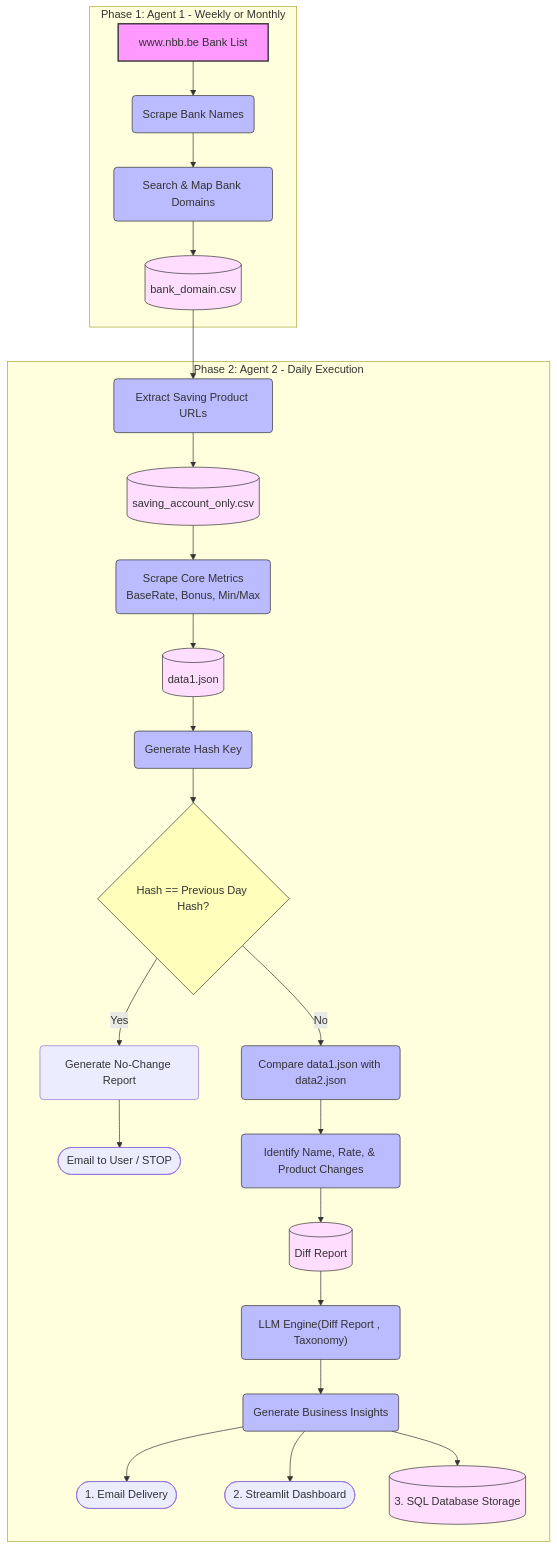
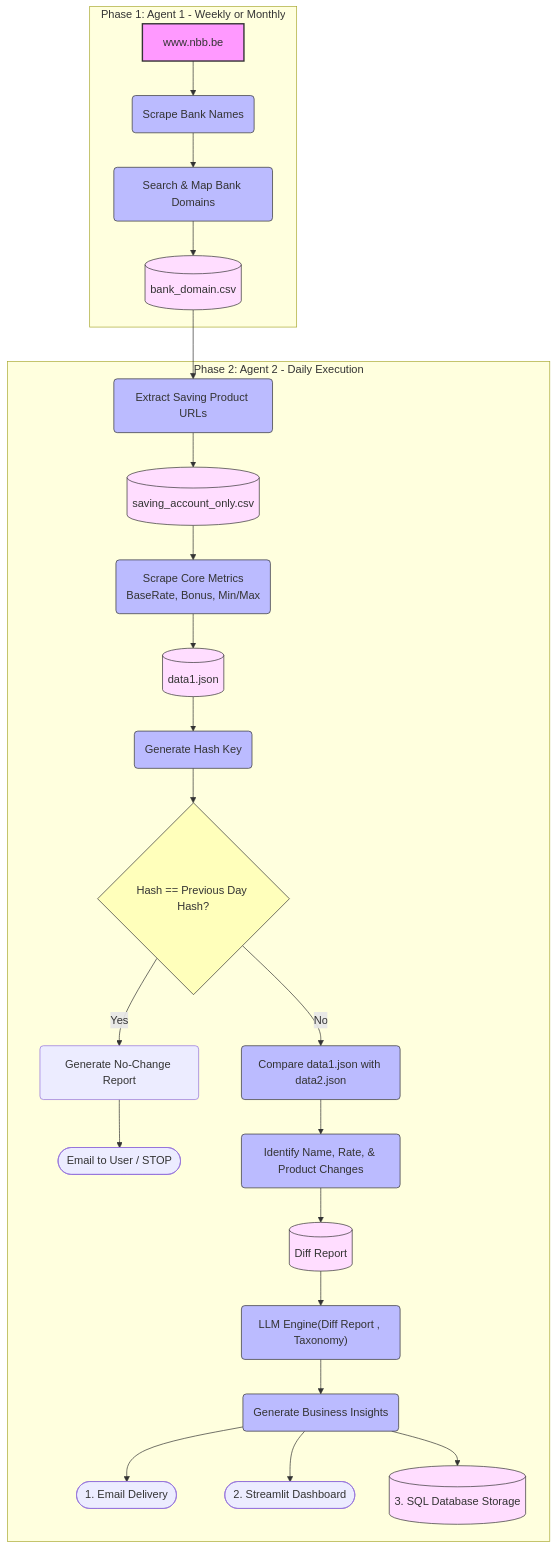
Before and after one commit to jobsnaik23/Mermaid-markdown-practise: the diagram in readme.md, drawn with Mermaid.

Commit message:
Fix URL in Phase 1 diagram in README

````diff
--- a/readme.md
+++ b/readme.md
@@ -2,47 +2,47 @@
 ```mermaid
 
 graph TD
     %% Styling
     classDef external fill:#f9f,stroke:#333,stroke-width:2px;
     classDef process fill:#bbf,stroke:#333,stroke-width:1px;
     classDef storage fill:#fdf,stroke:#333,stroke-width:1px;
     classDef decision fill:#ffb,stroke:#333,stroke-width:1px;
     
     %% Phase 1: Agent 1
     subgraph P1 ["Phase 1: Agent 1 - Weekly or Monthly"]
-        A[www.nbb.be Bank List] --> B(Scrape Bank Names)
+        A[www.nbb.be] --> B(Scrape Bank Names)
         B --> C(Search & Map Bank Domains)
         C --> D[(bank_domain.csv)]
     end
 
     %% Phase 2: Agent 2
     subgraph P2 ["Phase 2: Agent 2 - Daily Execution"]
         D --> E(Extract Saving Product URLs)
         E --> F[(saving_account_only.csv)]
         F --> G(Scrape Core Metrics <br> BaseRate, Bonus, Min/Max)
         G --> H[(data1.json)]
         H --> I(Generate Hash Key)
         I --> J{Hash == Previous Day Hash?}
         
         %% Decision Paths
         J -- Yes --> K(Generate No-Change Report)
         K --> L([Email to User / STOP])
         
         J -- No --> M(Compare data1.json with data2.json)
         M --> N(Identify Name, Rate, & Product Changes)
         N --> O[(Diff Report)]
         
         %% LLM & Outputs
         O --> P("LLM Engine(Diff Report , Taxonomy)")
         P --> Q(Generate Business Insights)
         
         Q --> R([1. Email Delivery])
         Q --> S([2. Streamlit Dashboard])
         Q --> T[(3. SQL Database Storage)]
     end
 
     class A external;
     class B,C,E,G,I,M,N,P,Q process;
     class D,F,H,O,T storage;
     class J decision;
 ```
````
